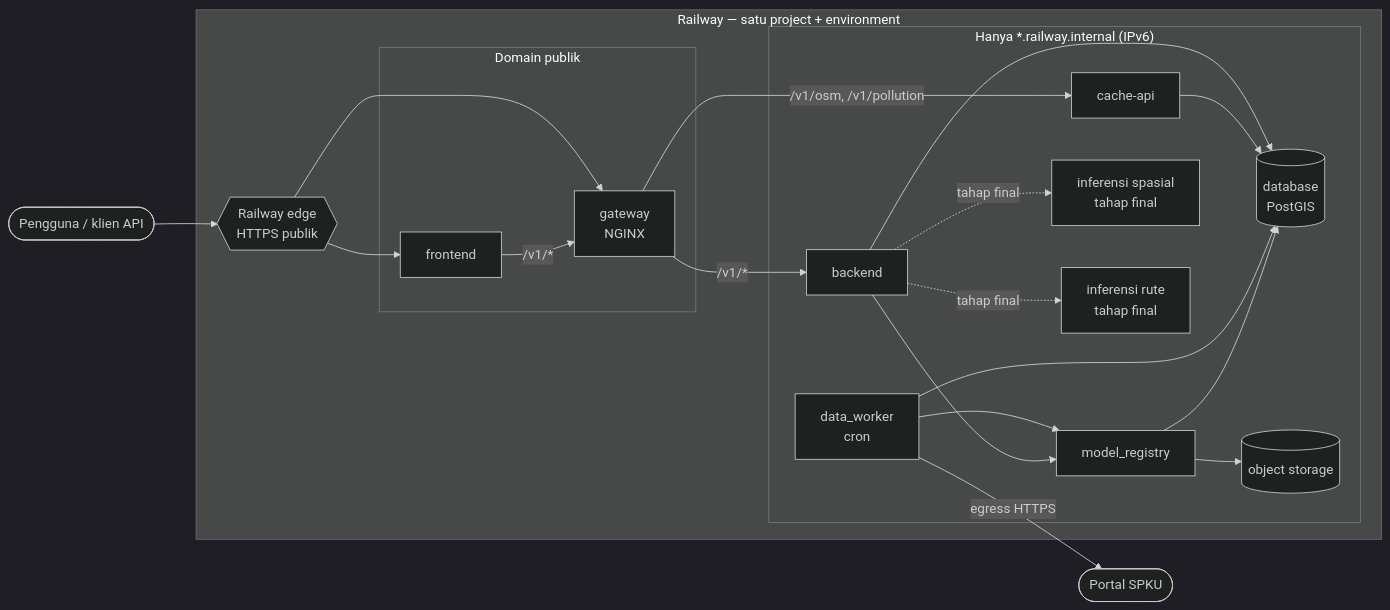
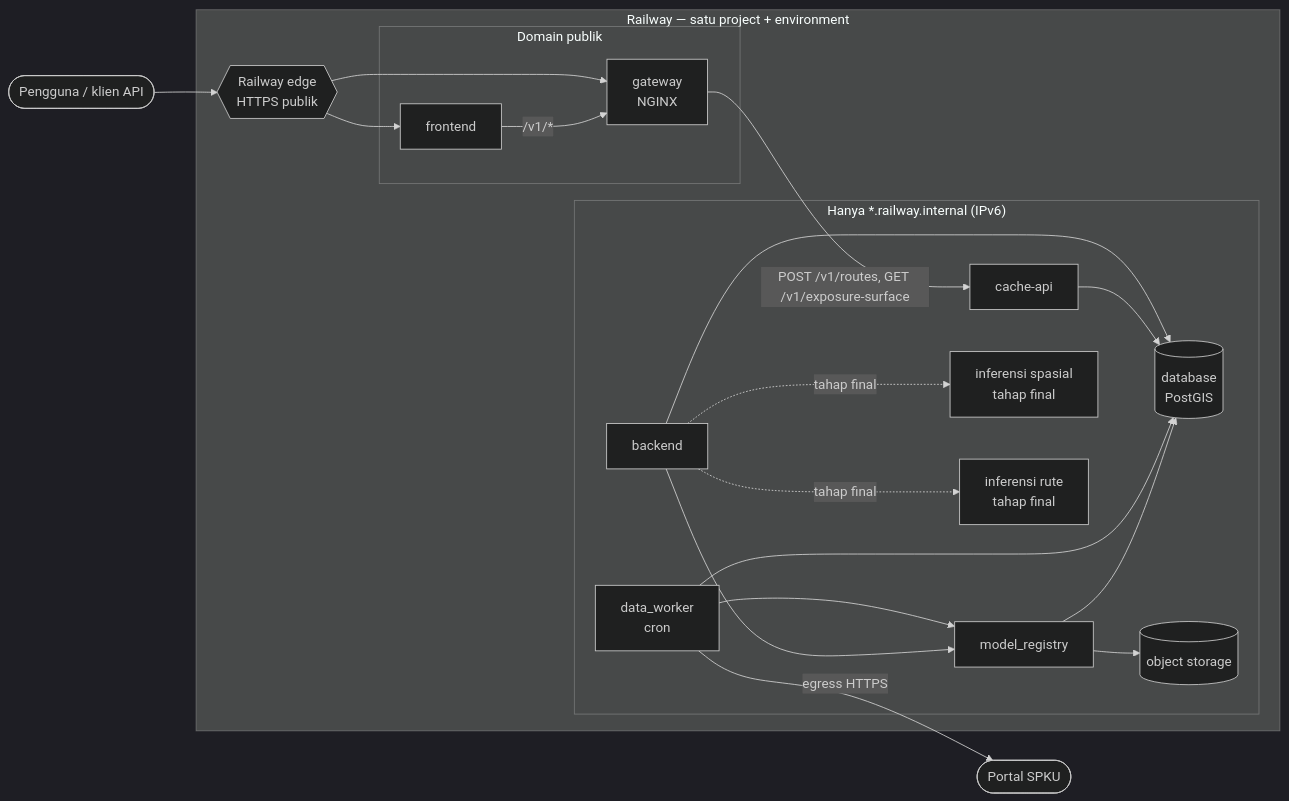
The diagram in docs/devops/private-networking.md (ppthimmel/SIPPolusi), drawn with Mermaid (dark theme) before and after one commit. The commit also changed other lines of this file, not shown here.

First line of the commit message:
docs(network): gateway routes only the public API to cache-api

````diff
--- a/docs/devops/private-networking.md
+++ b/docs/devops/private-networking.md
@@ -12,40 +12,39 @@
 ```mermaid
 flowchart LR
     user([Pengguna / klien API])
     spku([Portal SPKU])
 
     subgraph railway["Railway — satu project + environment"]
         edge{{Railway edge<br/>HTTPS publik}}
         subgraph public["Domain publik"]
             frontend[frontend]
             gateway[gateway<br/>NGINX]
         end
         subgraph private["Hanya *.railway.internal (IPv6)"]
             backend[backend]
             cache[cache-api]
             worker[data_worker<br/>cron]
             registry[model_registry]
             db[(database<br/>PostGIS)]
             bucket[(object storage)]
             inf1[inferensi spasial<br/>tahap final]
             inf2[inferensi rute<br/>tahap final]
         end
     end
 
     user --> edge
     edge --> frontend
     edge --> gateway
     frontend -- "/v1/*" --> gateway
-    gateway -- "/v1/*" --> backend
-    gateway -- "/v1/osm, /v1/pollution" --> cache
+    gateway -- "POST /v1/routes, GET /v1/exposure-surface" --> cache
     backend --> db
     cache --> db
     worker --> db
     worker --> registry
     backend --> registry
     registry --> db
     registry --> bucket
     backend -. tahap final .-> inf1
     backend -. tahap final .-> inf2
     worker -- "egress HTTPS" --> spku
 ```
````
